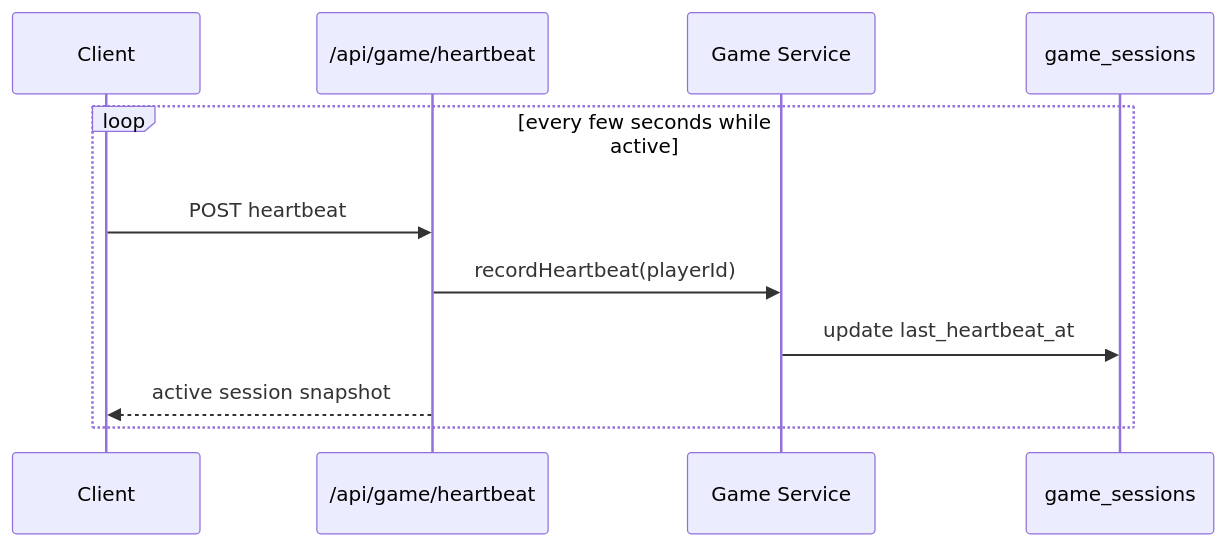
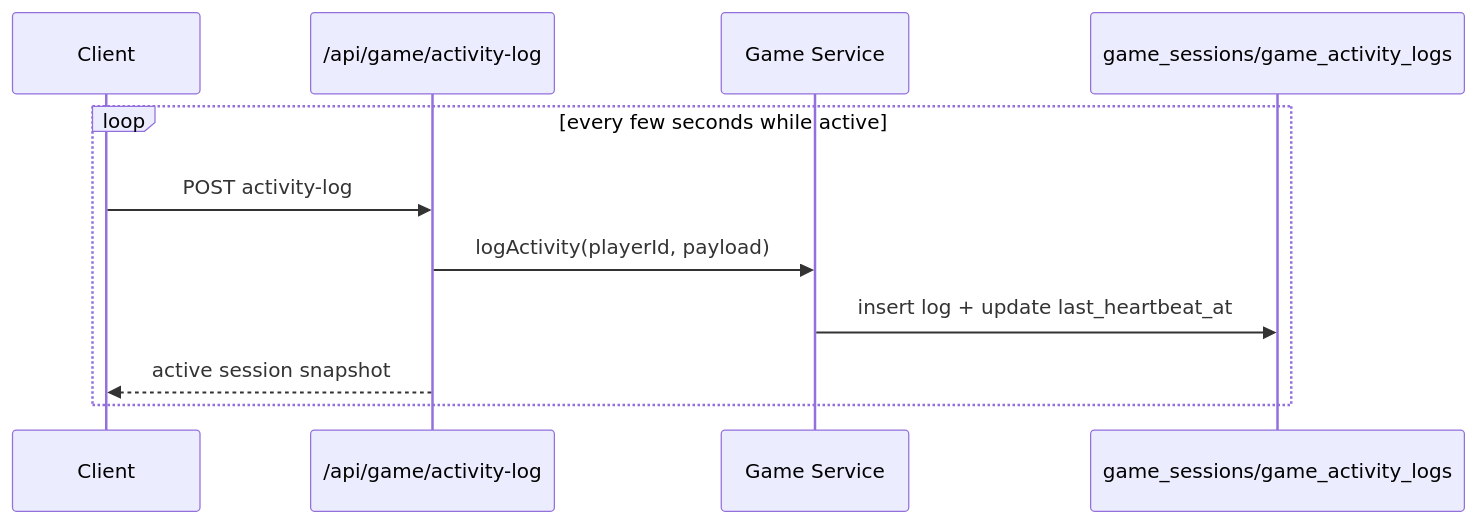
One commit to viscosha1575/lamoda-adidas changed the fifth of 9 diagrams in docs/sequences.md. Above: the diagram before and after it, drawn with Mermaid. The commit also changed other lines of this file and 12 other files, not shown here.

Commit message:
Simplify game API and reset session sneaker state

````diff
--- a/docs/sequences.md
+++ b/docs/sequences.md
@@ -82,14 +82,14 @@
 ```mermaid
 sequenceDiagram
     participant Client
-    participant API as /api/game/heartbeat
+    participant API as /api/game/activity-log
     participant Game as Game Service
-    participant DB as game_sessions
+    participant DB as game_sessions/game_activity_logs
 
     loop every few seconds while active
-        Client->>API: POST heartbeat
-        API->>Game: recordHeartbeat(playerId)
-        Game->>DB: update last_heartbeat_at
+        Client->>API: POST activity-log
+        API->>Game: logActivity(playerId, payload)
+        Game->>DB: insert log + update last_heartbeat_at
         API-->>Client: active session snapshot
     end
 ```
````
